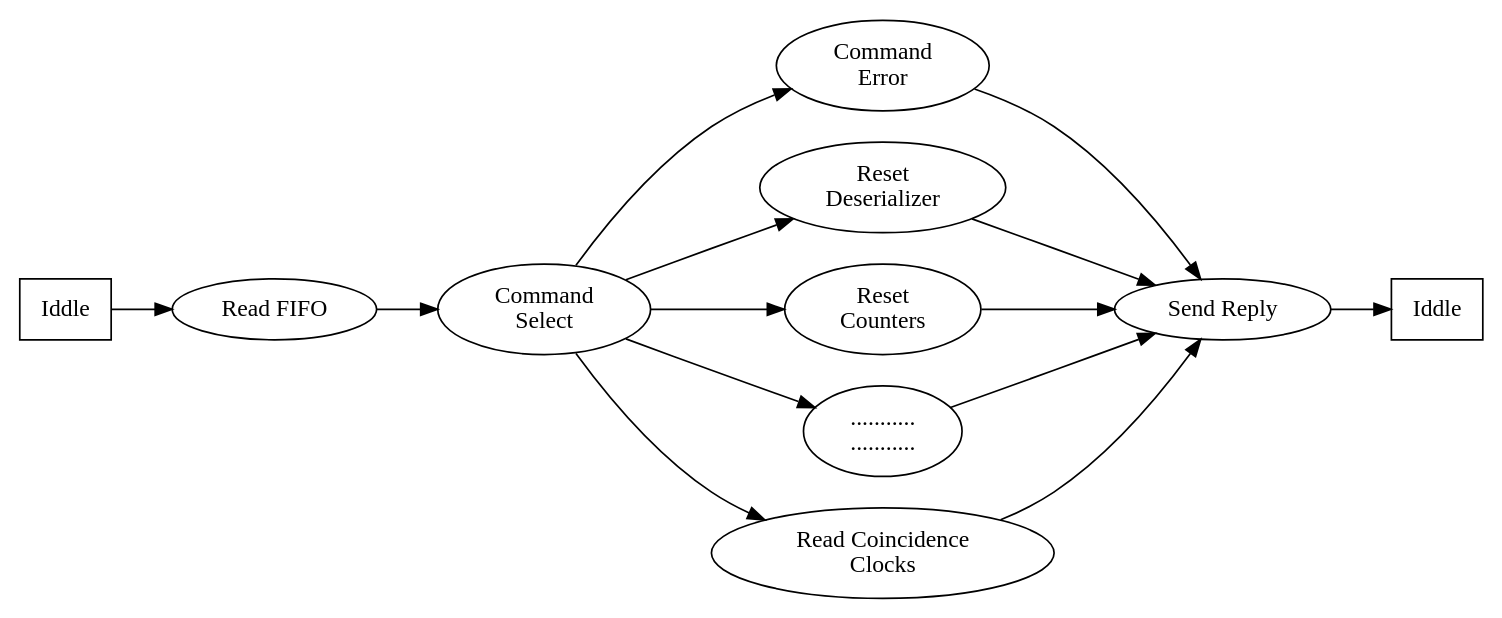
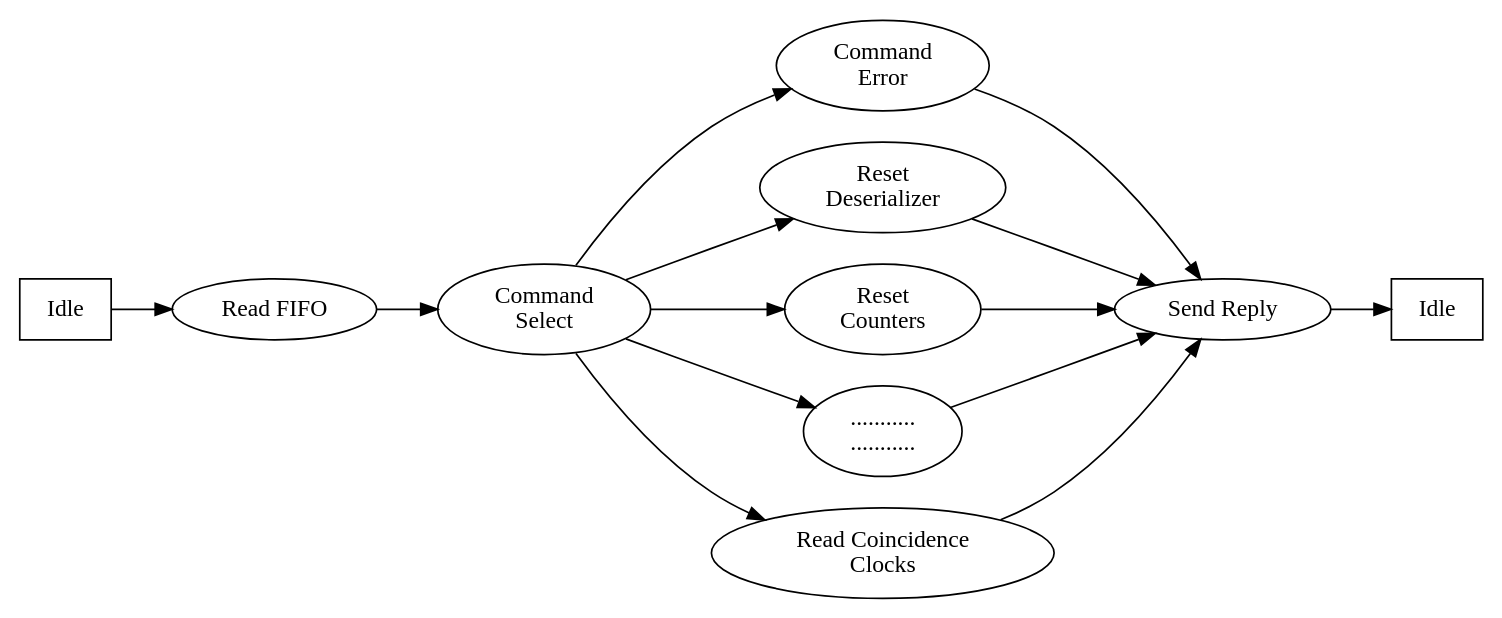
Before and after one commit to stefan-zugravel/Tesi_StefanCristiZugravel: the diagram in FSMdiagrams/CMDtoTERA10.dot, drawn with Graphviz. The commit also changed 19 other files, not shown here.

```diff
--- a/FSMdiagrams/CMDtoTERA10.dot
+++ b/FSMdiagrams/CMDtoTERA10.dot
@@ -1,35 +1,35 @@
 digraph G {
     rankdir=LR;
     //newrank=true;
     //nodesep=0.666;
     
-    Iddle [shape=box, label= "Iddle"];
-    Iddle2 [shape=box, label= "Iddle"];
+    Iddle [shape=box, label= "Idle"];
+    Iddle2 [shape=box, label= "Idle"];
     ReadFifo1 [label= "Read FIFO"];
     //ReadFifo2 [label= "Read FIFO 2"];
     CmdSel [label= "Command\nSelect"];
     CmdErr [label= "Command\nError"];
     ResetSERDES [label= "Reset\nDeserializer"];
     reserCounters [label= "Reset\nCounters"];
     others [label= "...........\n..........."];
     ReadCoincClocks [label= "Read Coincidence\nClocks"];
     SendReply [label= "Send Reply"];
     
     //Iddle -> ReadFifo1 -> ReadFifo2 -> CmdSel;
     Iddle -> ReadFifo1 -> CmdSel;
     CmdSel -> CmdErr;
     CmdSel -> ResetSERDES;
     CmdSel -> reserCounters;
     CmdSel -> others;
     CmdSel -> ReadCoincClocks;
     
     CmdErr-> SendReply;
     ResetSERDES-> SendReply;
     reserCounters-> SendReply;
     others-> SendReply;
     ReadCoincClocks-> SendReply;
     
     SendReply -> Iddle2;
     
     { rank=same; CmdErr; ResetSERDES; reserCounters; others; ReadCoincClocks}
 }
```
